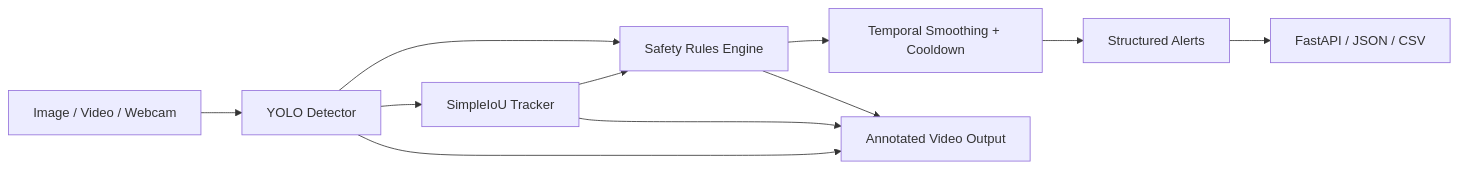
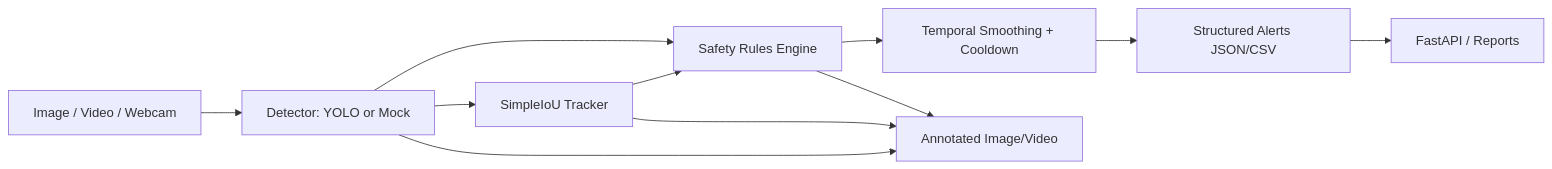
The diagram in README.md (IlliaSator/industrial-safety-vision), drawn with Mermaid before and after one commit. The commit also changed other lines of this file and 3 other files, not shown here.

````diff
--- a/README.md
+++ b/README.md
@@ -13,13 +83,13 @@
 ```mermaid
 flowchart LR
-    A[Image / Video / Webcam] --> B[YOLO Detector]
+    A[Image / Video / Webcam] --> B[Detector: YOLO or Mock]
     B --> C[SimpleIoU Tracker]
     C --> D[Safety Rules Engine]
     B --> D
     D --> E[Temporal Smoothing + Cooldown]
-    E --> F[Structured Alerts]
-    F --> G[FastAPI / JSON / CSV]
-    B --> H[Annotated Video Output]
-    C --> H
-    D --> H
+    E --> F[Structured Alerts JSON/CSV]
+    B --> G[Annotated Image/Video]
+    C --> G
+    D --> G
+    F --> H[FastAPI / Reports]
 ```
````
